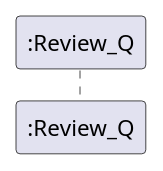
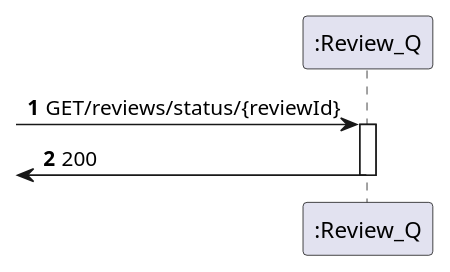
One commit to 1201441BrunoPereira/Trabalho2Reviews changed the diagram in Review1_Q/Documentação/N2/GetStatus.puml. Above: the diagram before and after it, drawn with PlantUML. The commit also changed 29 other files, not shown here.

Commit message:
Diagramas Trabalho 3

```diff
--- a/Review1_Q/Documentação/N2/GetStatus.puml
+++ b/Review1_Q/Documentação/N2/GetStatus.puml
@@ -1,9 +1,13 @@
 @startuml
 'https://plantuml.com/sequence-diagram
 
-autoactivate on
 autonumber
 
 participant ":Review_Q" as rev
 
+-> rev: GET/reviews/status/{reviewId}
+activate rev
+[<- rev: 200
+deactivate rev
+
 @enduml
```
